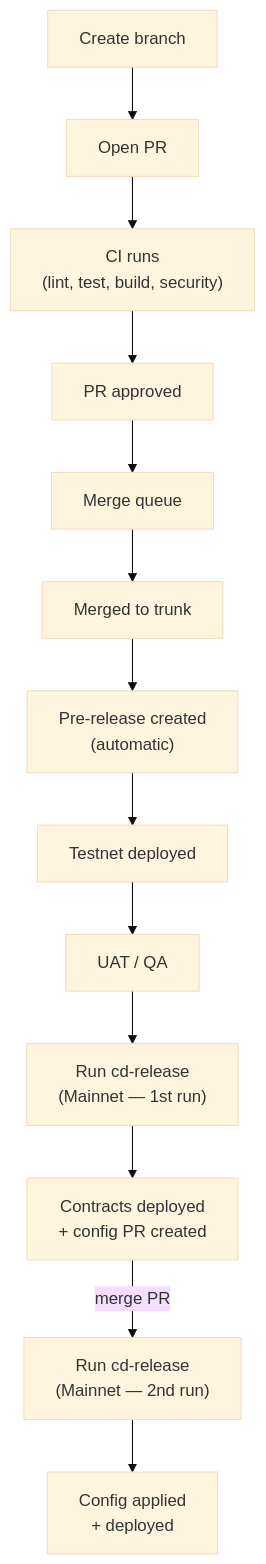
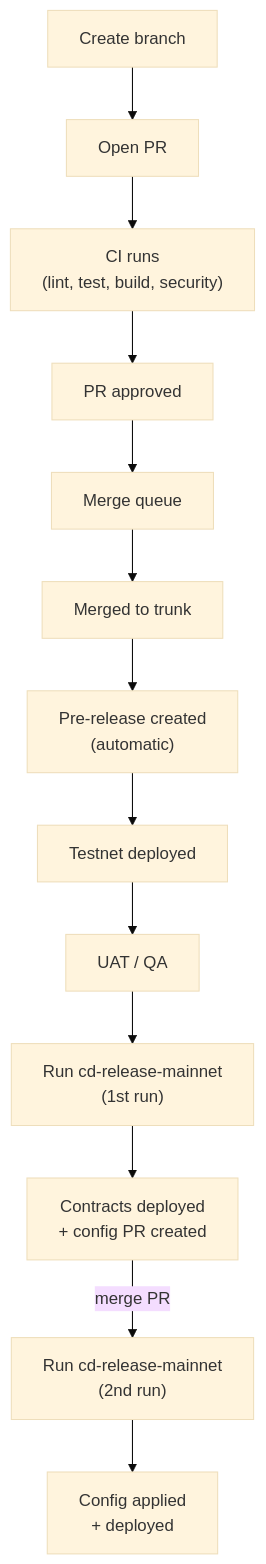
The third of 4 diagrams in docs/ci-cd.md (tresr-community/tresr-game), drawn with Mermaid (base theme) before and after one commit. The commit also changed other lines of this file and 11 other files, not shown here.

````diff
--- a/docs/ci-cd.md
+++ b/docs/ci-cd.md
@@ -51,15 +51,15 @@
 ```mermaid
 graph TD
     A["Create branch"] --> B["Open PR"]
     B --> C["CI runs </br> (lint, test, build, security)"]
     C --> D["PR approved"]
     D --> E["Merge queue"]
     E --> F["Merged to trunk"]
     F --> G["Pre-release created </br> (automatic)"]
     G --> H["Testnet deployed"]
     H --> I["UAT / QA"]
-    I --> J["Run cd-release </br> (Mainnet — 1st run)"]
+    I --> J["Run cd-release-mainnet </br> (1st run)"]
     J --> K["Contracts deployed </br> + config PR created"]
-    K -->|merge PR| L["Run cd-release </br> (Mainnet — 2nd run)"]
+    K -->|merge PR| L["Run cd-release-mainnet </br> (2nd run)"]
     L --> M["Config applied </br> + deployed"]
 ```
````
